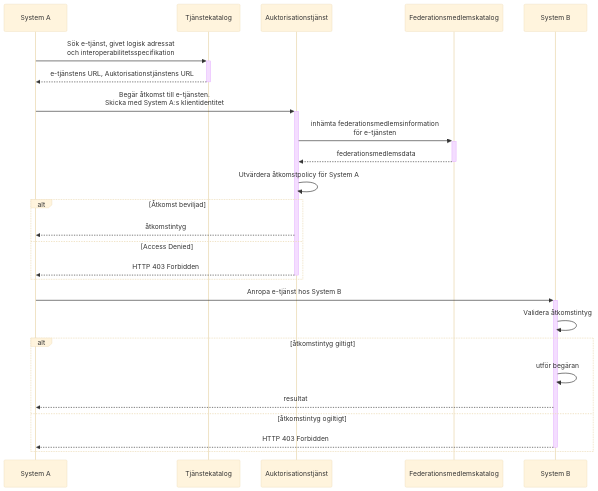
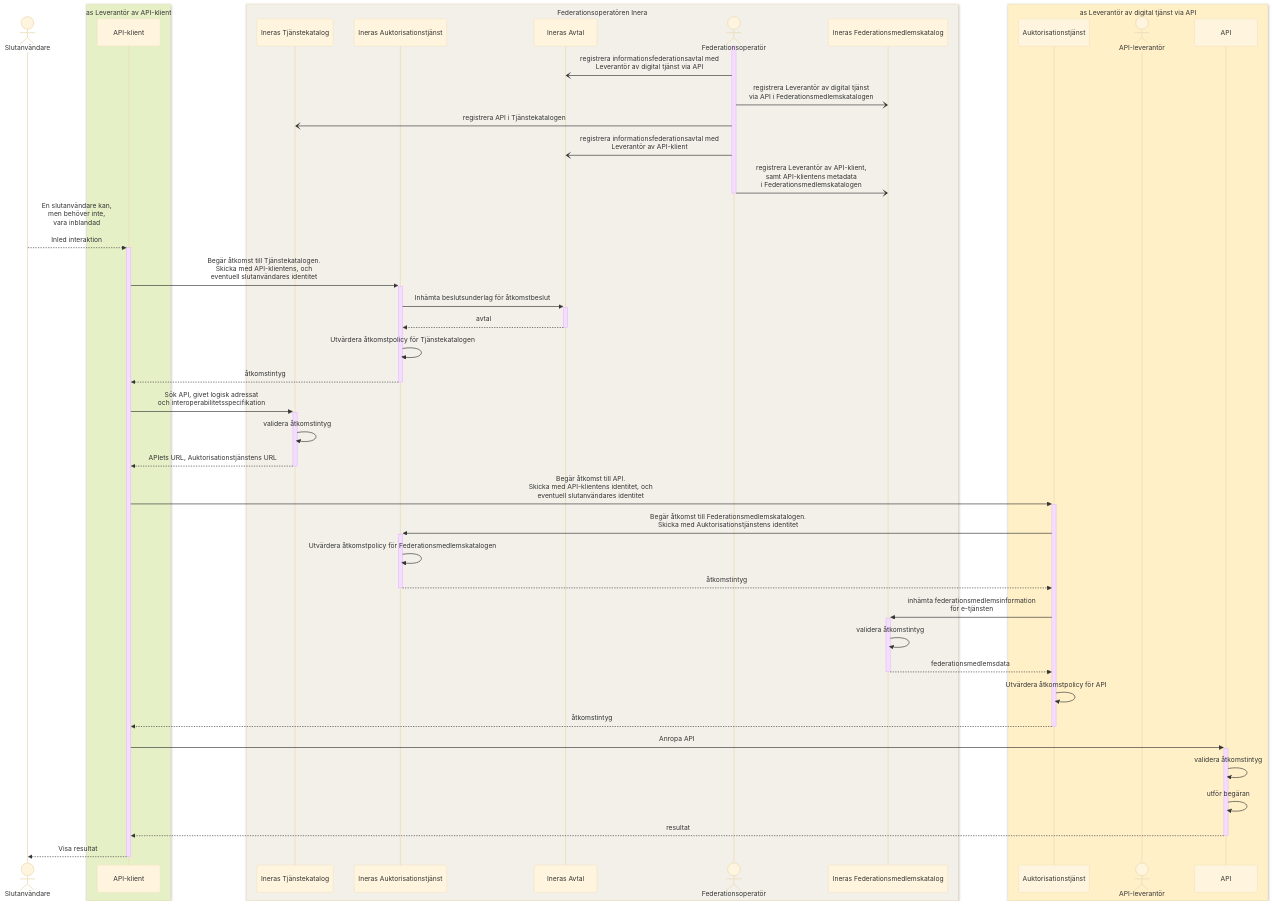
The diagram in pocSequenceDiagram.mmd (anders-malmros-inera/t2mmd), drawn with Mermaid (base theme) before and after one commit. The commit also changed 2 other files, not shown here.

Commit message:
Created the poc sequence diagram

```diff
--- a/pocSequenceDiagram.mmd
+++ b/pocSequenceDiagram.mmd
@@ -1,29 +1,61 @@
 sequenceDiagram
-  participant c as System A
-  participant tak as Tjänstekatalog
-  participant as as Auktorisationstjänst
-  participant f as Federationsmedlemskatalog
-  participant rs as System B
+  actor u as Slutanvändare
+  box rgb(230, 240, 199) as Leverantör av API-klient
+    participant c as API-klient
+  end
+  box rgb(242, 240,233) Federationsoperatören Inera
+    participant tak as Ineras Tjänstekatalog
+    participant ias as Ineras Auktorisationstjänst
+    participant ia as Ineras Avtal
+    actor fu as Federationsoperatör
+    participant f as Ineras Federationsmedlemskatalog
+  end
+  box rgb(256, 240, 200) as Leverantör av digital tjänst via API
+    participant as as Auktorisationstjänst
+    actor xu as API-leverantör
+    participant rs as API
+  end
 
-  c ->>+ tak: Sök e-tjänst, givet logisk adressat <br/> och interoperabilitetsspecifikation
-  tak -->>- c: e-tjänstens URL, Auktorisationstjänstens URL
 
-  c ->>+ as: Begär åtkomst till e-tjänsten. <br/>Skicka med System A:s klientidentitet
+
+  activate fu
+  fu -) ia: registrera informationsfederationsavtal med <br/>Leverantör av digital tjänst via API
+  fu -) f: registrera Leverantör av digital tjänst <br/>via API i Federationsmedlemskatalogen
+  fu -) tak: registrera API i Tjänstekatalogen
+  fu -) ia: registrera informationsfederationsavtal med <br/>Leverantör av API-klient
+  fu -) f: registrera Leverantör av API-klient, <br/>samt API-klientens metadata <br/>i Federationsmedlemskatalogen
+  deactivate fu
+
+  u -->>+ c: En slutanvändare kan, <br/>men behöver inte, <br/>vara inblandad<br/><br/>Inled interaktion
+
+  
+  c ->>+ ias: Begär åtkomst till Tjänstekatalogen. <br/>Skicka med API-klientens, och<br/>eventuell slutanvändares identitet
+  ias ->>+ ia: Inhämta beslutsunderlag för åtkomstbeslut
+  ia -->>- ias: avtal
+  ias ->> ias: Utvärdera åtkomstpolicy för Tjänstekatalogen
+  ias -->>- c: åtkomstintyg 
+
+  
+  c ->>+ tak: Sök API, givet logisk adressat <br/> och interoperabilitetsspecifikation
+  tak ->> tak: validera åtkomstintyg
+  tak -->>- c: APIets URL, Auktorisationstjänstens URL
+
+  c ->>+ as: Begär åtkomst till API. <br/>Skicka med API-klientens identitet, och<br/>eventuell slutanvändares identitet
+  
+  as ->>+ ias: Begär åtkomst till Federationsmedlemskatalogen. <br/>Skicka med Auktorisationstjänstens identitet
+  ias ->> ias: Utvärdera åtkomstpolicy för Federationsmedlemskatalogen
+  ias -->>- as: åtkomstintyg
+  
   as ->>+ f: inhämta federationsmedlemsinformation <br/> för e-tjänsten
+  f ->> f: validera åtkomstintyg
   f -->>- as: federationsmedlemsdata
-  as ->> as: Utvärdera åtkomstpolicy för System A 
-  alt Åtkomst beviljad
-    as -->> c: åtkomstintyg
-  else Access Denied 
-    as -->>- c: HTTP 403 Forbidden
-  end 
+  
+  as ->> as: Utvärdera åtkomstpolicy för API
+  as -->>- c: åtkomstintyg
+  
+  c ->>+ rs: Anropa API
+  rs ->> rs: validera åtkomstintyg
+  rs ->> rs: utför begäran
+  rs -->>- c: resultat
 
-  c ->>+ rs: Anropa e-tjänst hos System B
-
-  rs ->> rs: Validera åtkomstintyg
-  alt åtkomstintyg giltigt
-    rs ->> rs: utför begäran
-    rs -->> c: resultat
-  else åtkomstintyg ogiltigt
-    rs -->>- c: HTTP 403 Forbidden
-  end
+  c -->>- u: Visa resultat
```
